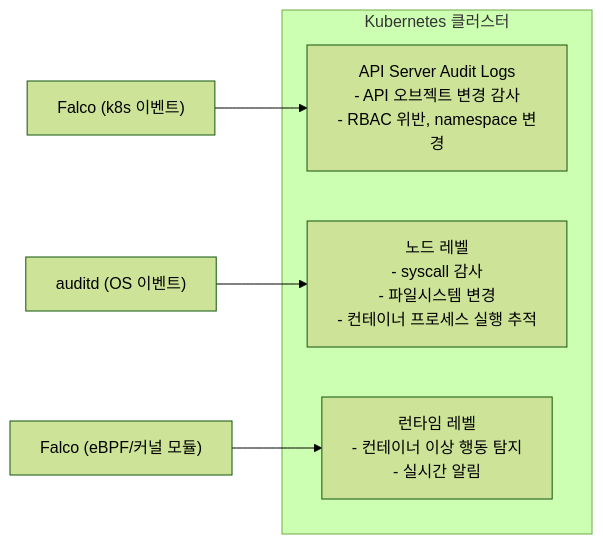
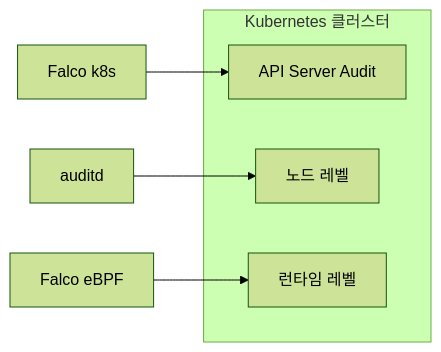
The third of 4 diagrams in content/linux/linux-security/auditd.md (moonblueblue/devops-wiki), drawn with Mermaid (forest theme) before and after one commit. The commit also changed other lines of this file and 37 other files, not shown here.

First line of the commit message:
style: linux 카테고리 ASCII 도표·Mermaid 라벨 형식 교정

````diff
--- a/content/linux/linux-security/auditd.md
+++ b/content/linux/linux-security/auditd.md
@@ -795,12 +808,12 @@
 ```mermaid
 graph LR
     subgraph cluster["Kubernetes 클러스터"]
-        API["API Server Audit Logs<br/>- API 오브젝트 변경 감사<br/>- RBAC 위반, namespace 변경"]
-        NODE["노드 레벨<br/>- syscall 감사<br/>- 파일시스템 변경<br/>- 컨테이너 프로세스 실행 추적"]
-        RT["런타임 레벨<br/>- 컨테이너 이상 행동 탐지<br/>- 실시간 알림"]
+        API["API Server Audit"]
+        NODE["노드 레벨"]
+        RT["런타임 레벨"]
     end
 
-    FALCO_K8S["Falco (k8s 이벤트)"] --> API
-    AUDITD["auditd (OS 이벤트)"] --> NODE
-    FALCO_RT["Falco (eBPF/커널 모듈)"] --> RT
+    FALCO_K8S["Falco k8s"] --> API
+    AUDITD["auditd"] --> NODE
+    FALCO_RT["Falco eBPF"] --> RT
 ```
````
